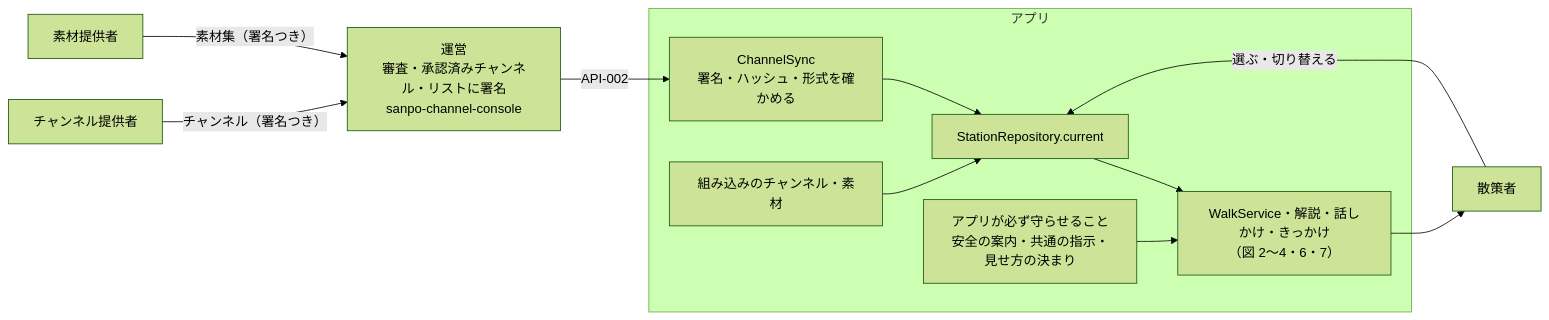
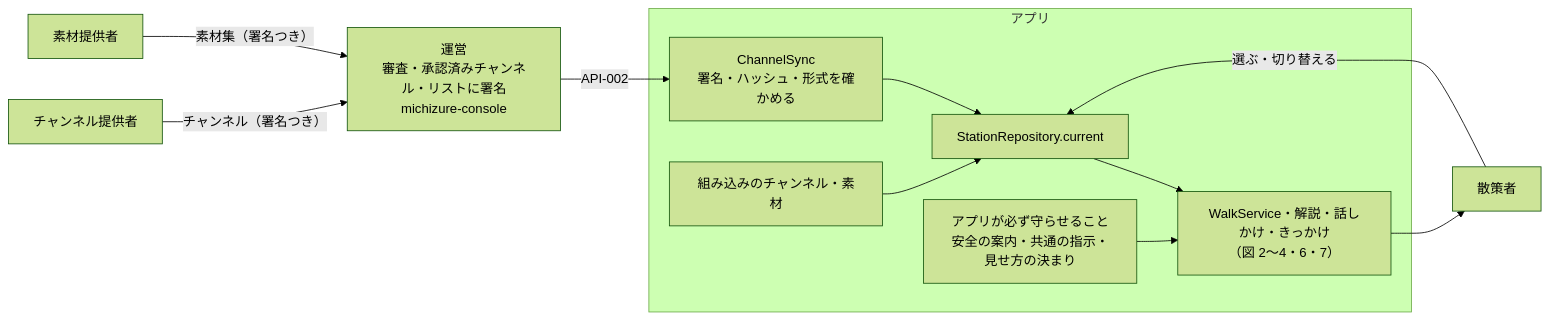
Before and after one commit to duwenji/yorisoi-sanpoguide: the first of 8 diagrams in docs/architecture.md, drawn with Mermaid (forest theme). The commit also changed other lines of this file and 11 other files, not shown here.

Commit message:
docs: 管理システムの名前を michizure-console に改め、T-7 の進み具合を TODO に反映する

````diff
--- a/docs/architecture.md
+++ b/docs/architecture.md
@@ -16,14 +16,14 @@
 ```mermaid
 flowchart LR
   CP["チャンネル提供者"] -- "チャンネル（署名つき）" --> OPS
   MP["素材提供者"] -- "素材集（署名つき）" --> OPS
-  OPS["運営<br/>審査・承認済みチャンネル・リストに署名<br/>sanpo-channel-console"] -- "API-002" --> Sync
+  OPS["運営<br/>審査・承認済みチャンネル・リストに署名<br/>michizure-console"] -- "API-002" --> Sync
   subgraph APP["アプリ"]
     BuiltIn["組み込みのチャンネル・素材"] --> Repo
     Sync["ChannelSync<br/>署名・ハッシュ・形式を確かめる"] --> Repo["StationRepository.current"]
     Repo --> Walk["WalkService・解説・話しかけ・きっかけ<br/>（図 2〜4・6・7）"]
     Guard["アプリが必ず守らせること<br/>安全の案内・共通の指示・見せ方の決まり"] --> Walk
   end
   Walk --> W["散策者"]
   W -- "選ぶ・切り替える" --> Repo
 ```
````
